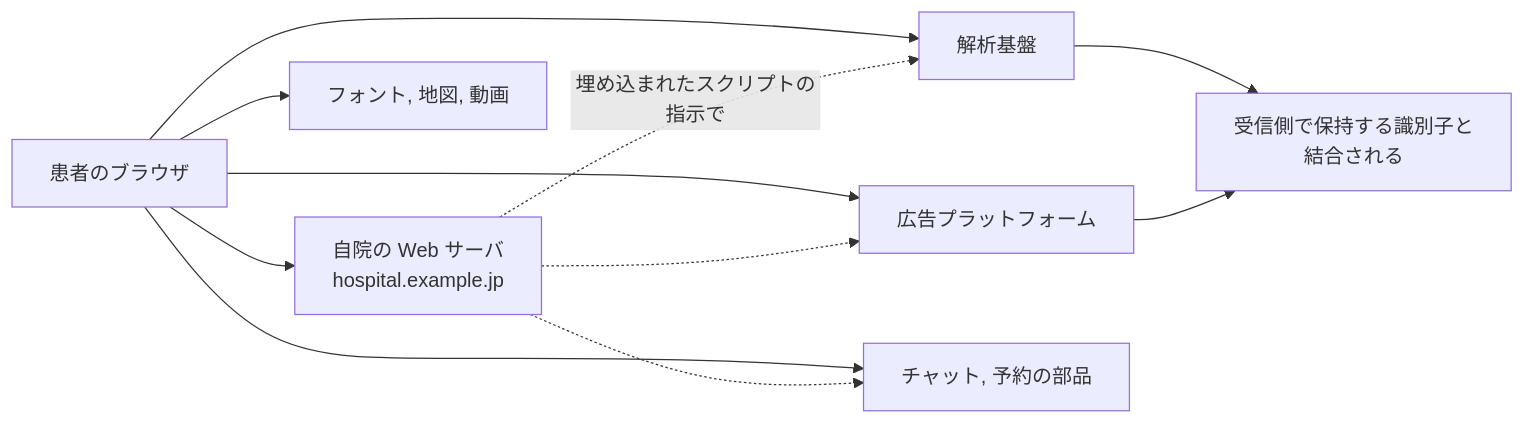
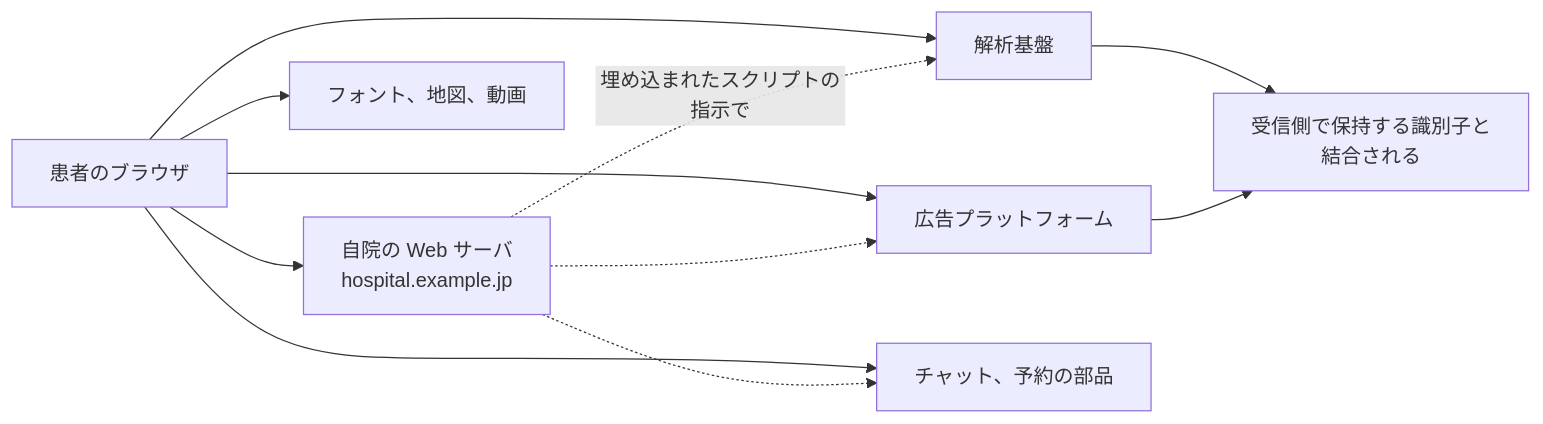
One commit to scgajge12/awesome-healthcare-security changed the diagram in docs/technology/web-security/tracking.md. Above: the diagram before and after it, drawn with Mermaid. The commit also changed other lines of this file and 40 other files, not shown here.

````diff
--- a/docs/technology/web-security/tracking.md
+++ b/docs/technology/web-security/tracking.md
@@ -23,15 +23,15 @@
 ```mermaid
 flowchart LR
     P["患者のブラウザ"] --> S["自院の Web サーバ<br>hospital.example.jp"]
     P --> T1["解析基盤"]
     P --> T2["広告プラットフォーム"]
-    P --> T3["チャット, 予約の部品"]
-    P --> T4["フォント, 地図, 動画"]
+    P --> T3["チャット、予約の部品"]
+    P --> T4["フォント、地図、動画"]
 
     S -.->|埋め込まれたスクリプトの指示で| T1
     S -.-> T2
     S -.-> T3
 
     T1 --> D["受信側で保持する識別子と<br>結合される"]
     T2 --> D
 ```
````
